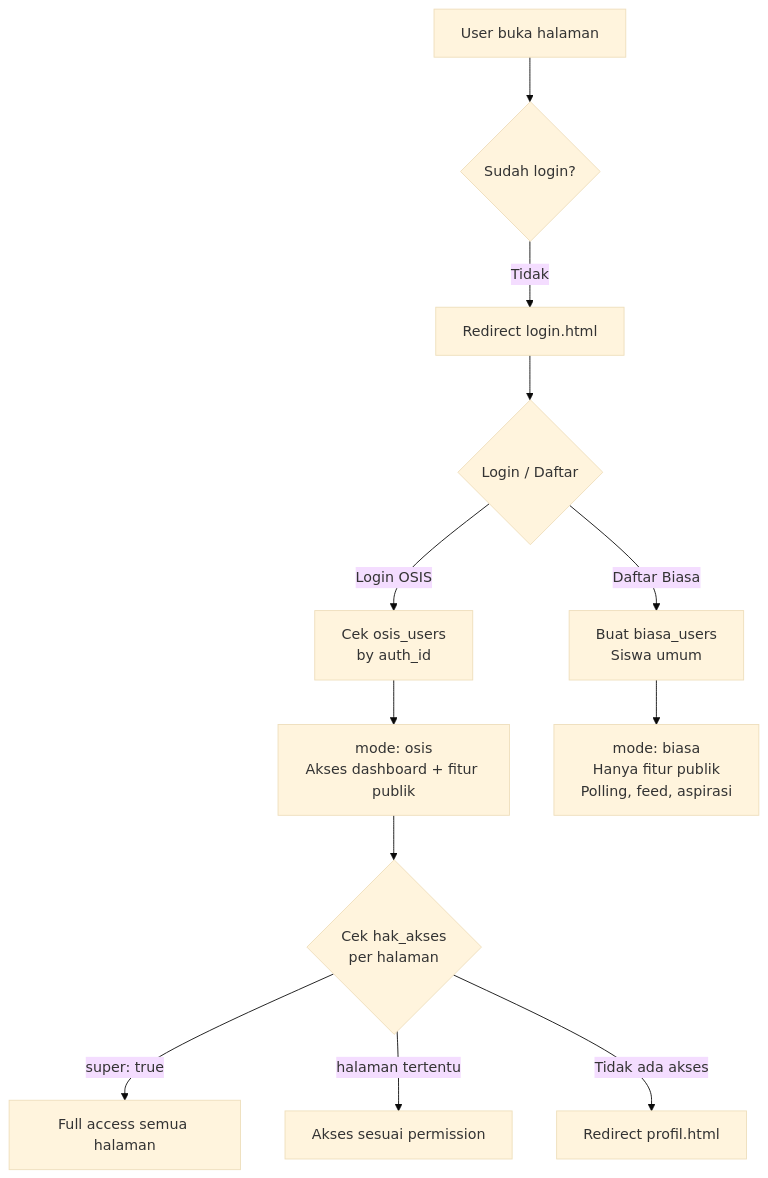
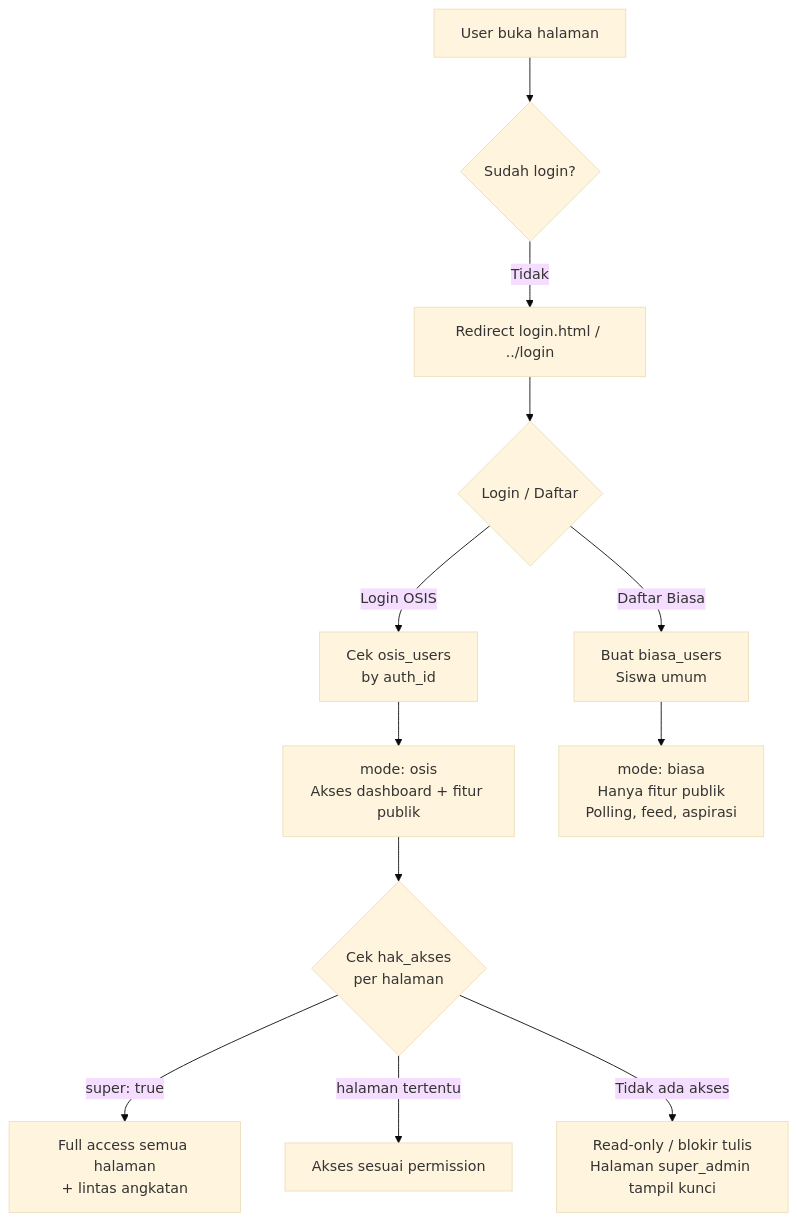
One commit to zammanzim/osistarpanone changed the second of 4 diagrams in project-analysis.md. Above: the diagram before and after it, drawn with Mermaid (base theme). The commit also changed other lines of this file and 208 other files, not shown here.

````diff
--- a/project-analysis.md
+++ b/project-analysis.md
@@ -187,16 +166,16 @@
 ```mermaid
 flowchart TD
     A["User buka halaman"] --> B{"Sudah login?"}
-    B -- Tidak --> C["Redirect login.html"]
+    B -- Tidak --> C["Redirect login.html / ../login"]
     C --> D{"Login / Daftar"}
     D -->|"Login OSIS"| E["Cek osis_users\nby auth_id"]
     D -->|"Daftar Biasa"| F["Buat biasa_users\nSiswa umum"]
     
     E --> G["mode: osis\nAkses dashboard + fitur publik"]
     F --> H["mode: biasa\nHanya fitur publik\nPolling, feed, aspirasi"]
     
     G --> I{"Cek hak_akses\nper halaman"}
-    I -->|"super: true"| J["Full access semua halaman"]
+    I -->|"super: true"| J["Full access semua halaman\n+ lintas angkatan"]
     I -->|"halaman tertentu"| K["Akses sesuai permission"]
-    I -->|"Tidak ada akses"| L["Redirect profil.html"]
+    I -->|"Tidak ada akses"| L["Read-only / blokir tulis\nHalaman super_admin tampil kunci"]
 ```
````
